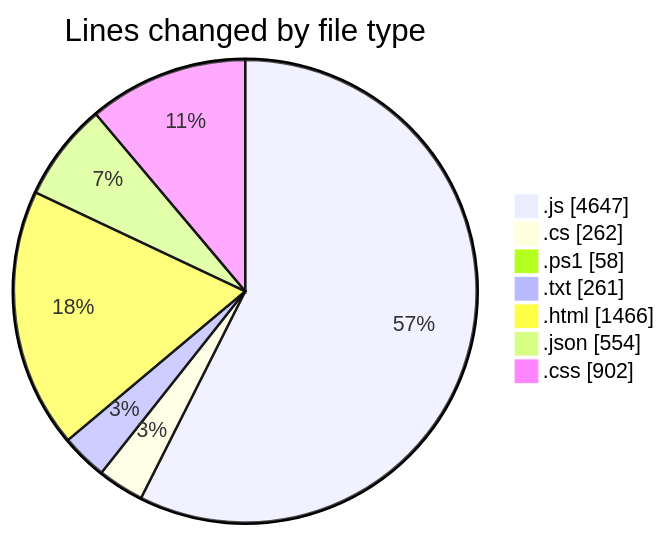
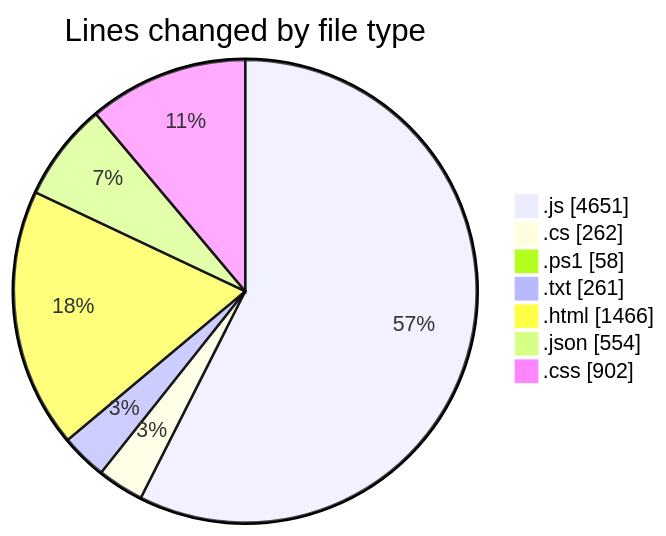
Before and after one commit to becaeroporto-bot/code-tracking: the first of 2 diagrams in 2026-02-17/bot_v1_2/README.md, drawn with Mermaid. The commit also changed other lines of this file and 1 other file, not shown here.

````diff
--- a/2026-02-17/bot_v1_2/README.md
+++ b/2026-02-17/bot_v1_2/README.md
@@ -40,11 +40,11 @@
 ```mermaid
 pie showData
 title Lines changed by file type
-".js" : 4647
+".js" : 4651
 ".cs" : 262
 ".ps1" : 58
 ".txt" : 261
 ".html" : 1466
 ".json" : 554
 ".css" : 902
 ```
````
